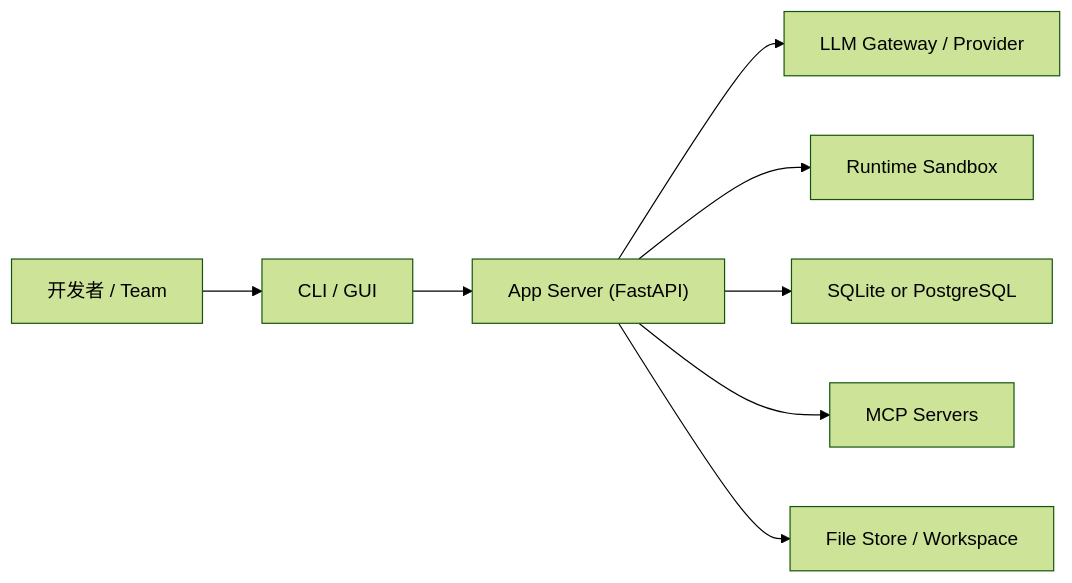
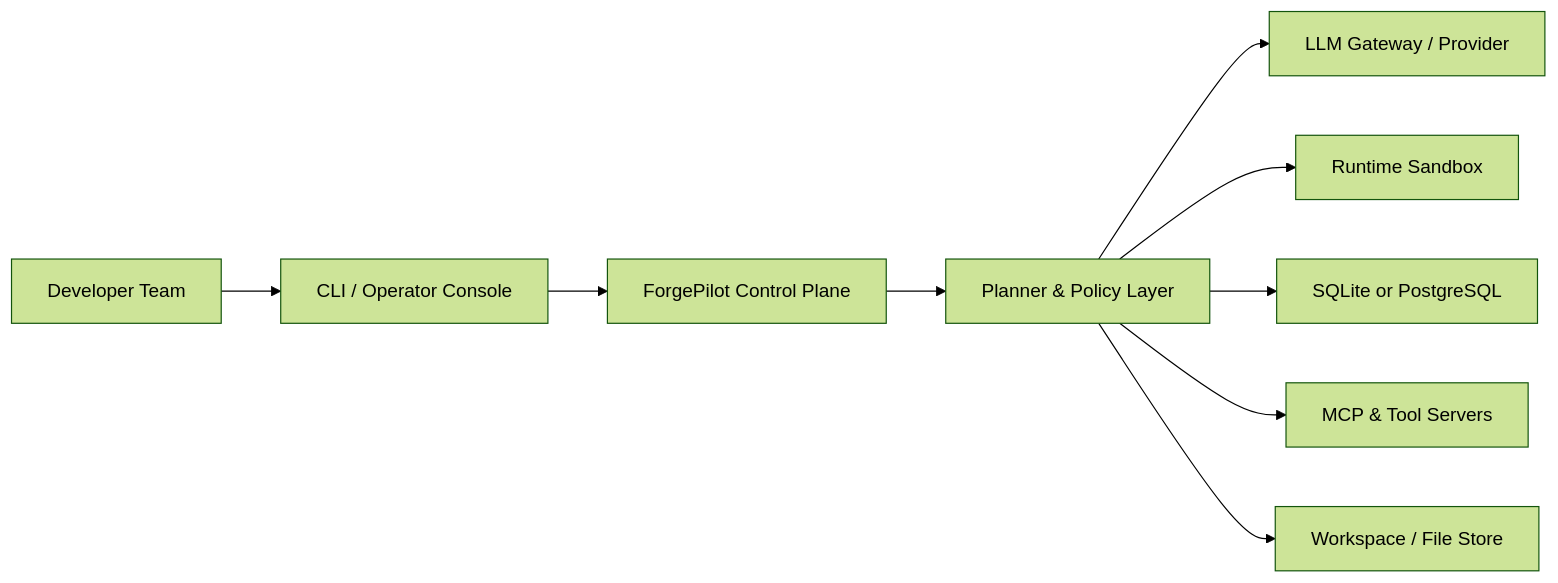
The diagram in README.md (however-yir/openagent-platform), drawn with Mermaid (forest theme) before and after one commit. The commit also changed other lines of this file and 32 other files, not shown here.

Commit message:
brand: reposition as ForgePilot Studio

````diff
--- a/README.md
+++ b/README.md
@@ -94,10 +94,11 @@
 ```mermaid
 flowchart LR
-  U["开发者 / Team"] --> C["CLI / GUI"]
-  C --> A["App Server (FastAPI)"]
-  A --> M["LLM Gateway / Provider"]
-  A --> R["Runtime Sandbox"]
-  A --> D["SQLite or PostgreSQL"]
-  A --> K["MCP Servers"]
-  A --> S["File Store / Workspace"]
+  U["Developer Team"] --> C["CLI / Operator Console"]
+  C --> A["ForgePilot Control Plane"]
+  A --> P["Planner & Policy Layer"]
+  P --> M["LLM Gateway / Provider"]
+  P --> R["Runtime Sandbox"]
+  P --> D["SQLite or PostgreSQL"]
+  P --> K["MCP & Tool Servers"]
+  P --> S["Workspace / File Store"]
 ```
````
